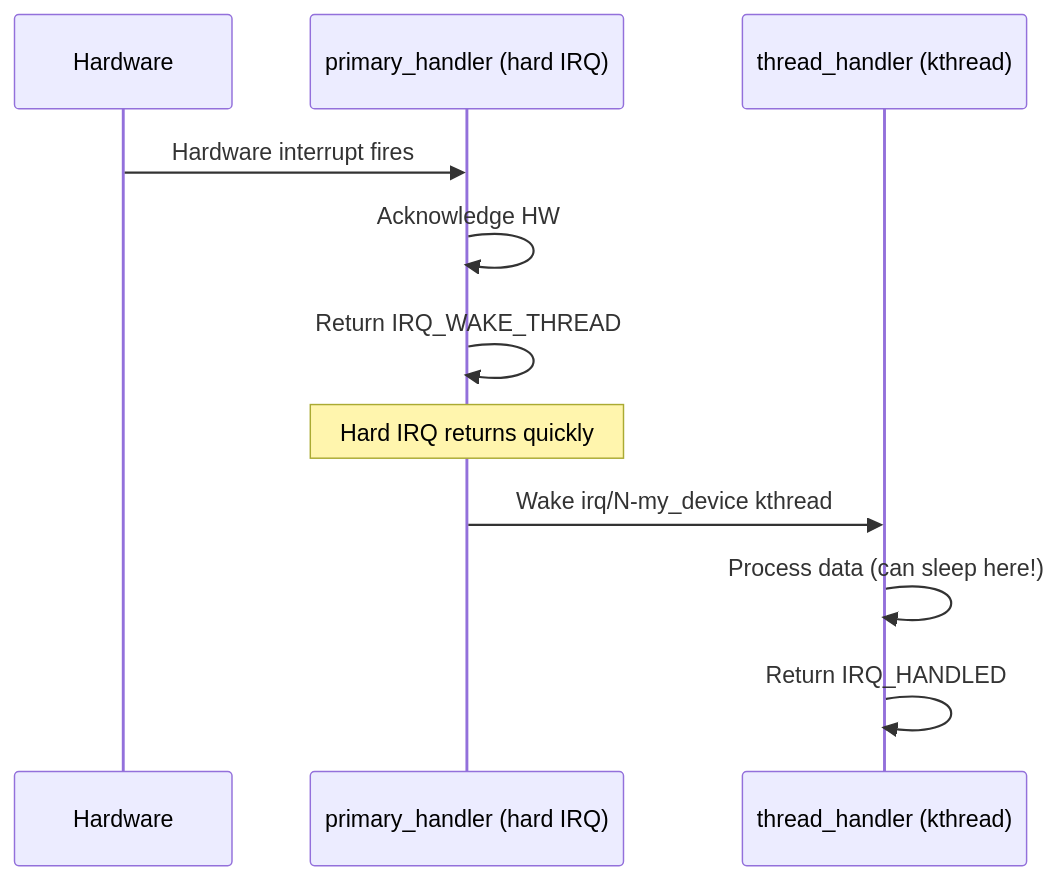
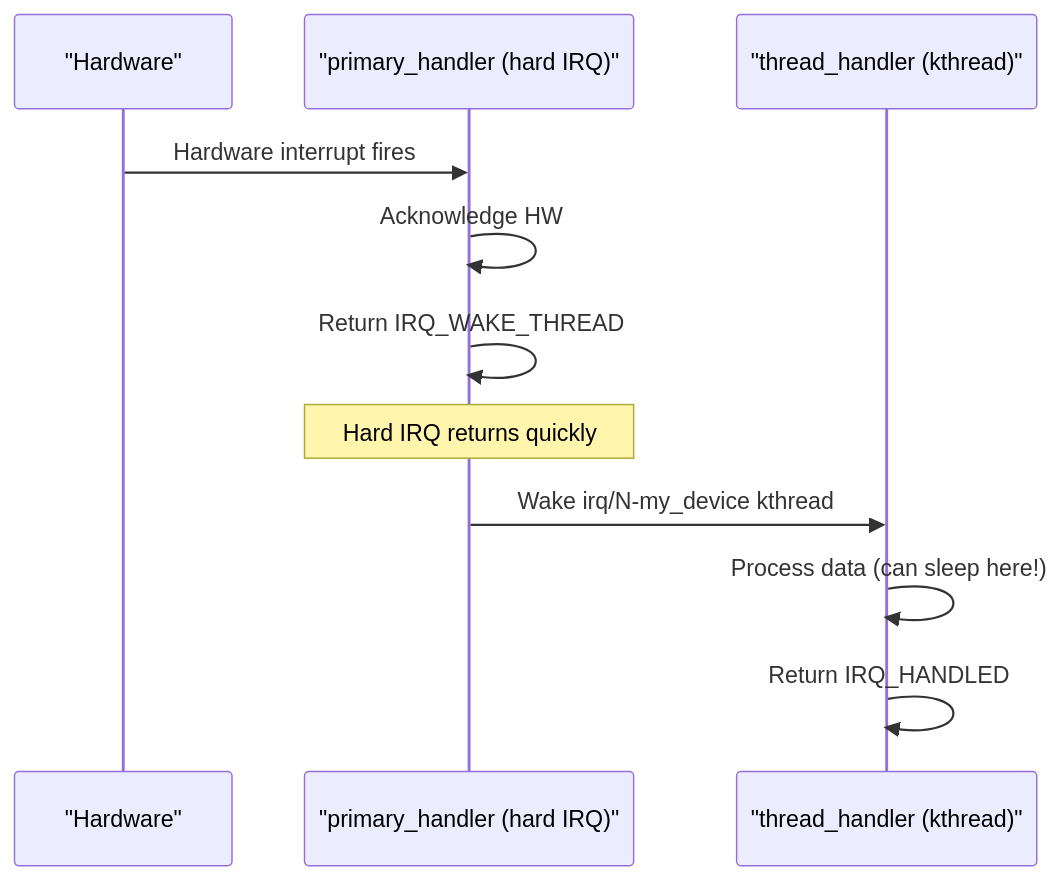
Before and after one commit to nilprajapati97/03_Kernel_Explore: the diagram in 02_Understand_Linux_Kernel/06_Interrupts_And_Interrupt_Handlers/02_Interrupt_Handlers.md, drawn with Mermaid. The commit also changed other lines of this file and 24 other files, not shown here.

````diff
--- a/02_Understand_Linux_Kernel/06_Interrupts_And_Interrupt_Handlers/02_Interrupt_Handlers.md
+++ b/02_Understand_Linux_Kernel/06_Interrupts_And_Interrupt_Handlers/02_Interrupt_Handlers.md
@@ -93,14 +93,14 @@
 ```mermaid
 sequenceDiagram
-    participant HW as Hardware
-    participant Primary as primary_handler (hard IRQ)
-    participant Thread as thread_handler (kthread)
+    participant HW as "Hardware"
+    participant Primary as "primary_handler (hard IRQ)"
+    participant Thread as "thread_handler (kthread)"
 
     HW->>Primary: Hardware interrupt fires
     Primary->>Primary: Acknowledge HW
     Primary->>Primary: Return IRQ_WAKE_THREAD
     Note over Primary: Hard IRQ returns quickly
     Primary->>Thread: Wake irq/N-my_device kthread
     Thread->>Thread: Process data (can sleep here!)
     Thread->>Thread: Return IRQ_HANDLED
 ```
````
